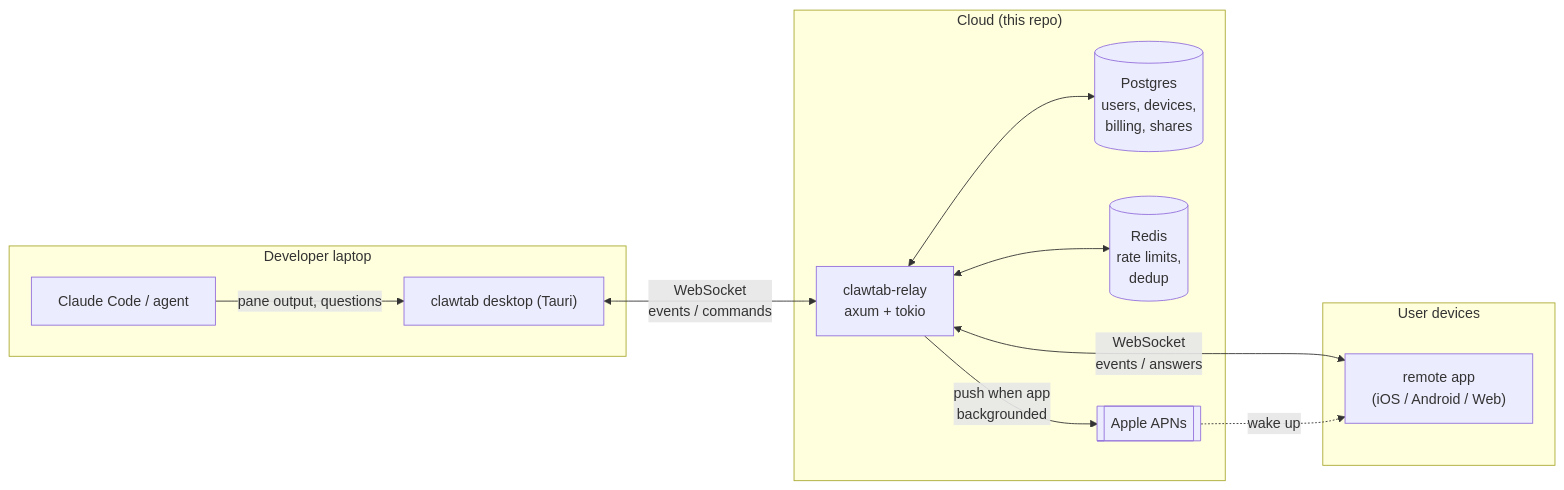
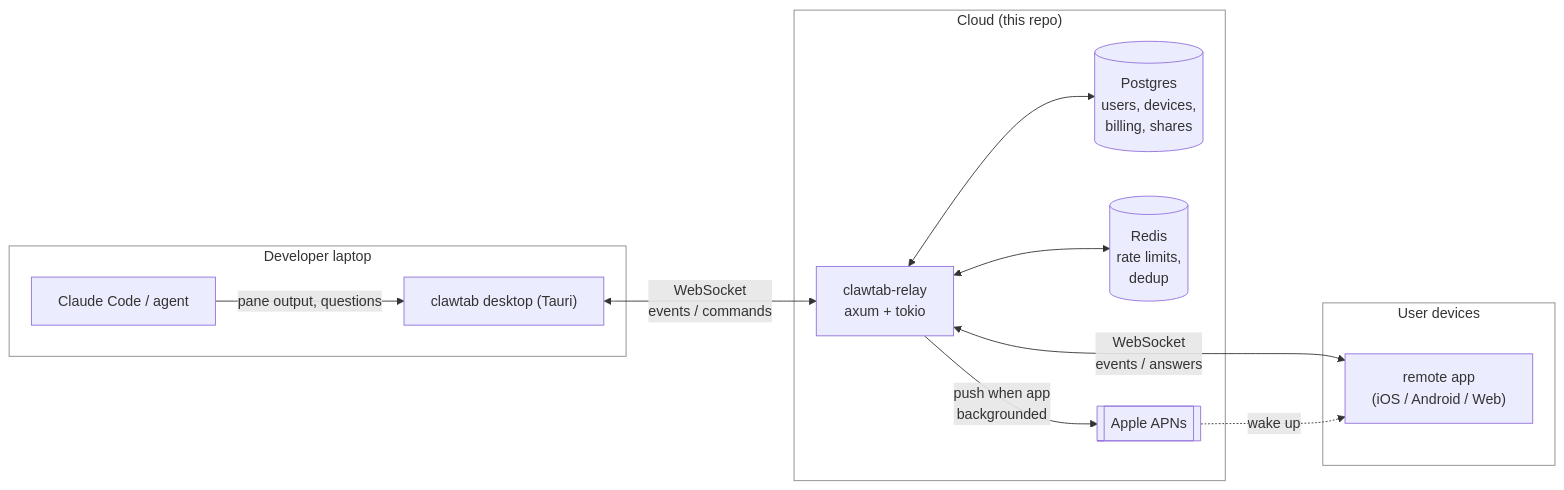
One commit to tonisives/clawtab changed the first of 2 diagrams in relay/README.md. Above: the diagram before and after it, drawn with Mermaid. The commit also changed other lines of this file, not shown here.

````diff
--- a/relay/README.md
+++ b/relay/README.md
@@ -11,26 +11,29 @@
 ```mermaid
 flowchart LR
     subgraph Laptop["Developer laptop"]
         Claude["Claude Code / agent"]
         Desktop["clawtab desktop (Tauri)"]
         Claude -- "pane output, questions" --> Desktop
     end
 
     subgraph Cloud["Cloud (this repo)"]
         Relay["clawtab-relay<br/>axum + tokio"]
         PG[("Postgres<br/>users, devices,<br/>billing, shares")]
         Redis[("Redis<br/>rate limits,<br/>dedup")]
         APNs[["Apple APNs"]]
         Relay <--> PG
         Relay <--> Redis
         Relay -- "push when app<br/>backgrounded" --> APNs
     end
 
     subgraph User["User devices"]
         Mobile["remote app<br/>(iOS / Android / Web)"]
     end
 
     Desktop <-- "WebSocket<br/>events / commands" --> Relay
     Relay <-- "WebSocket<br/>events / answers" --> Mobile
     APNs -. "wake up" .-> Mobile
+
+    classDef cluster fill:transparent,stroke:#888
+    class Laptop,Cloud,User cluster
 ```
````
